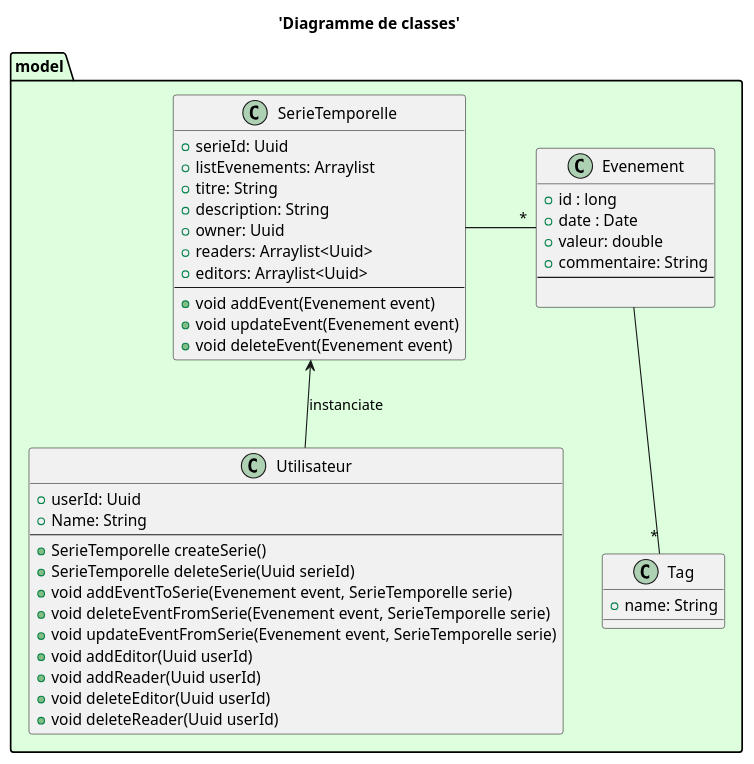
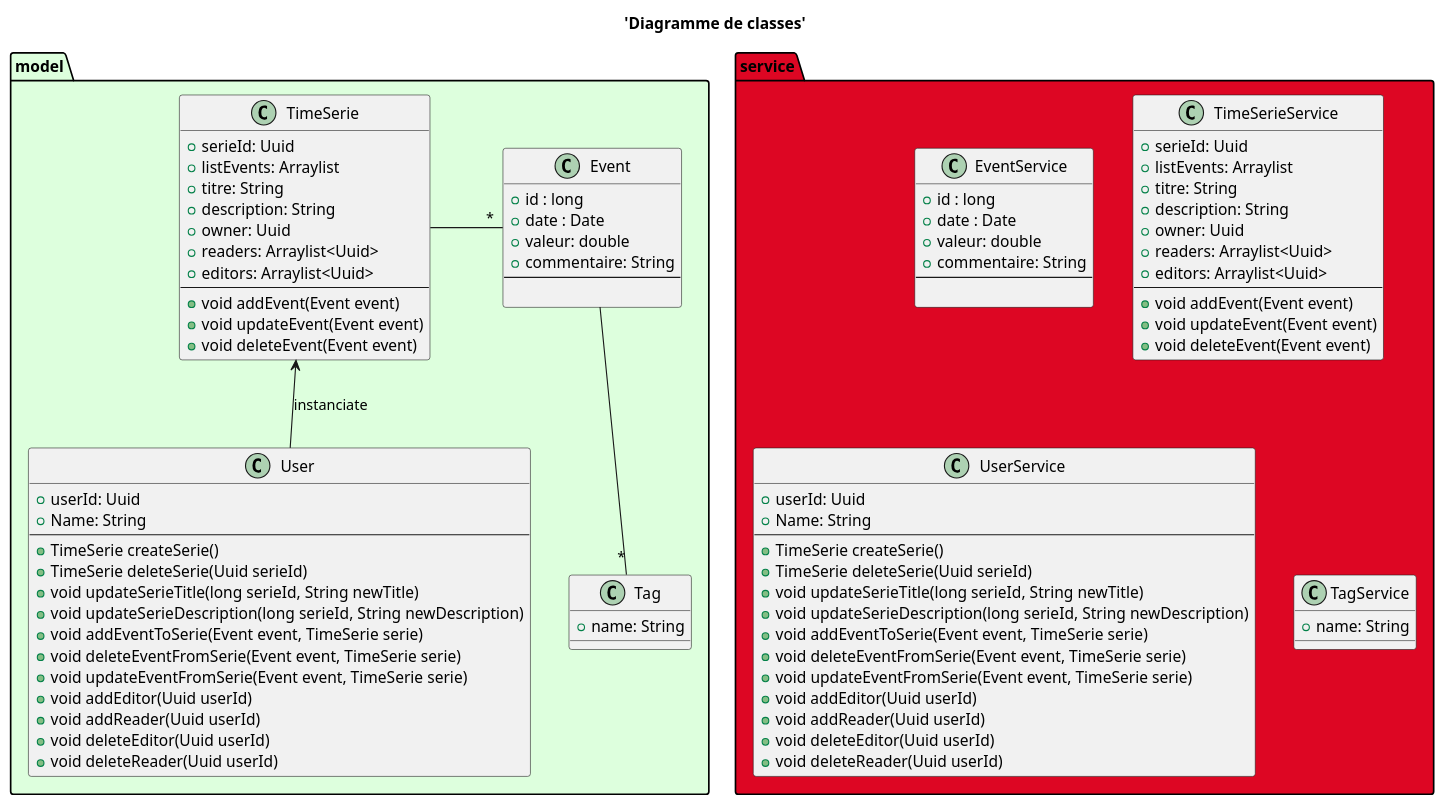
One commit to cheikne/tp1_techno_web changed the diagram in src/main/Schemas/code/class.puml. Above: the diagram before and after it, drawn with PlantUML.

Commit message:
Modification de l'UML

```diff
--- a/src/main/Schemas/code/class.puml
+++ b/src/main/Schemas/code/class.puml
@@ -1,51 +1,99 @@
 @startuml
 title 'Diagramme de classes'
 
 package model #DDFFDD {
-  class Evenement {
+  class Event {
   + id : long
   + date : Date
   + valeur: double
   + commentaire: String
   --
 
   }
 
-  class SerieTemporelle {
+  class TimeSerie {
   + serieId: Uuid
-  + listEvenements: Arraylist
+  + listEvents: Arraylist
   + titre: String
   + description: String
   + owner: Uuid
   + readers: Arraylist<Uuid>
   + editors: Arraylist<Uuid>
   --
-  + void addEvent(Evenement event)
-  + void updateEvent(Evenement event)
-  + void deleteEvent(Evenement event)
+  + void addEvent(Event event)
+  + void updateEvent(Event event)
+  + void deleteEvent(Event event)
   }
 
-  class Utilisateur {
+  class User {
   + userId: Uuid
   + Name: String
   --
-  + SerieTemporelle createSerie()
-  + SerieTemporelle deleteSerie(Uuid serieId)
-  + void addEventToSerie(Evenement event, SerieTemporelle serie)
-  + void deleteEventFromSerie(Evenement event, SerieTemporelle serie)
-  + void updateEventFromSerie(Evenement event, SerieTemporelle serie)
+  + TimeSerie createSerie()
+  + TimeSerie deleteSerie(Uuid serieId)
+  + void updateSerieTitle(long serieId, String newTitle)
+  + void updateSerieDescription(long serieId, String newDescription)
+  + void addEventToSerie(Event event, TimeSerie serie)
+  + void deleteEventFromSerie(Event event, TimeSerie serie)
+  + void updateEventFromSerie(Event event, TimeSerie serie)
   + void addEditor(Uuid userId)
   + void addReader(Uuid userId)
   + void deleteEditor(Uuid userId)
   + void deleteReader(Uuid userId)
   }
 
   class Tag {
   + name: String
   }
 }
 
-SerieTemporelle -right- "*" Evenement
-Utilisateur -up-> SerieTemporelle : instanciate
-Evenement -- "*" Tag
+package service #DD0623 {
+  class EventService {
+  + id : long
+  + date : Date
+  + valeur: double
+  + commentaire: String
+  --
+
+  }
+
+  class TimeSerieService {
+  + serieId: Uuid
+  + listEvents: Arraylist
+  + titre: String
+  + description: String
+  + owner: Uuid
+  + readers: Arraylist<Uuid>
+  + editors: Arraylist<Uuid>
+  --
+  + void addEvent(Event event)
+  + void updateEvent(Event event)
+  + void deleteEvent(Event event)
+  }
+
+  class UserService {
+  + userId: Uuid
+  + Name: String
+  --
+  + TimeSerie createSerie()
+  + TimeSerie deleteSerie(Uuid serieId)
+  + void updateSerieTitle(long serieId, String newTitle)
+  + void updateSerieDescription(long serieId, String newDescription)
+  + void addEventToSerie(Event event, TimeSerie serie)
+  + void deleteEventFromSerie(Event event, TimeSerie serie)
+  + void updateEventFromSerie(Event event, TimeSerie serie)
+  + void addEditor(Uuid userId)
+  + void addReader(Uuid userId)
+  + void deleteEditor(Uuid userId)
+  + void deleteReader(Uuid userId)
+  }
+
+  class TagService {
+  + name: String
+  }
+}
+
+TimeSerie -right- "*" Event
+User -up-> TimeSerie : instanciate
+Event -- "*" Tag
 @enduml
```
